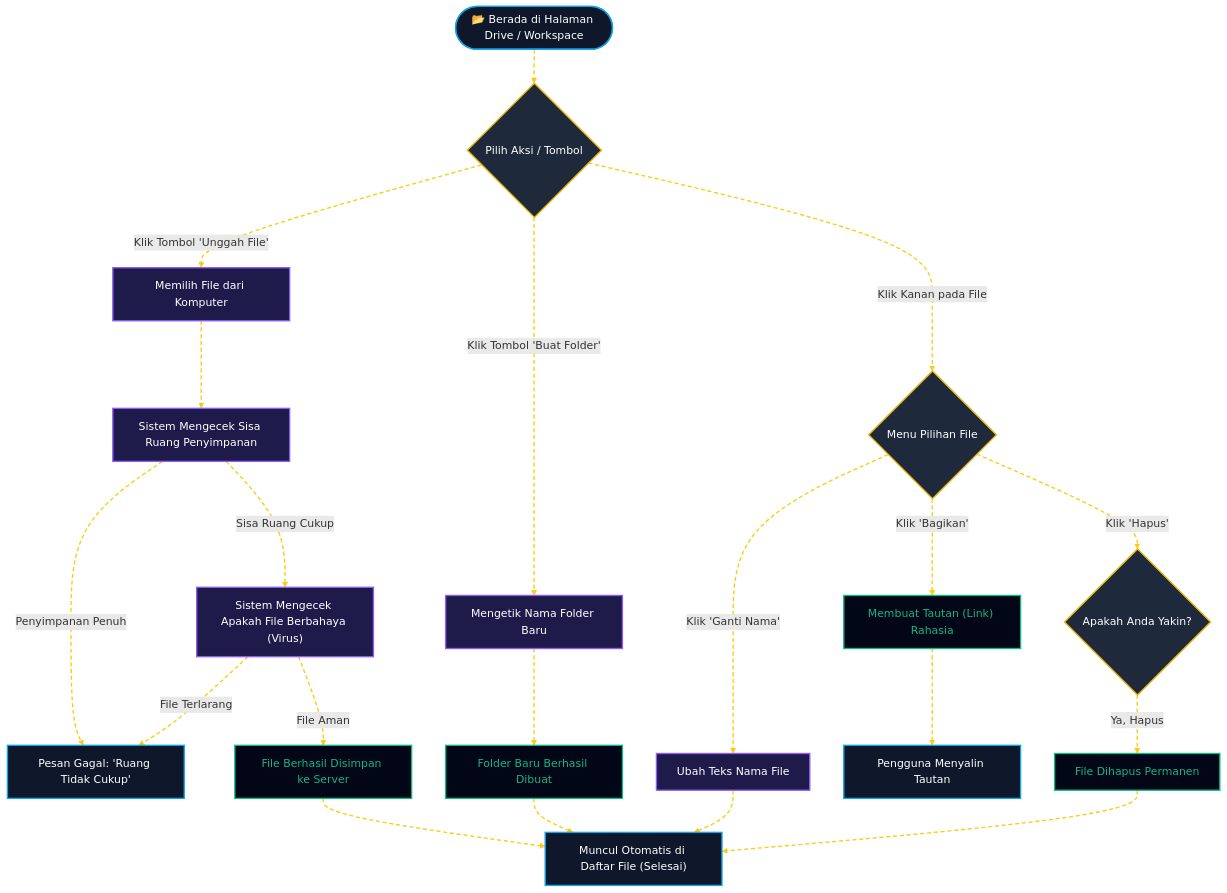
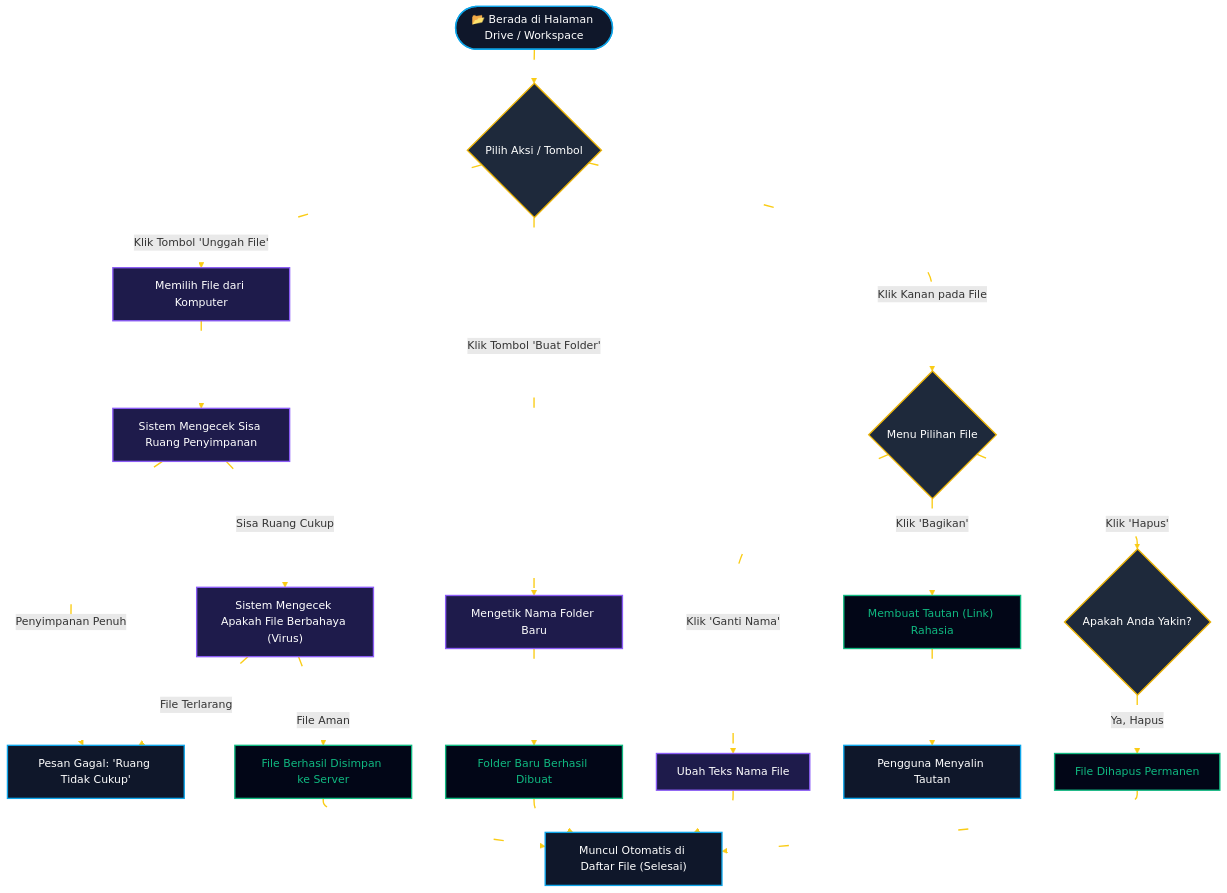
The second of 3 diagrams in README.md (alfaragatak87/alfatih-digital-workspace), drawn with Mermaid before and after one commit. The commit also changed other lines of this file, not shown here.

````diff
--- a/README.md
+++ b/README.md
@@ -103,34 +103,34 @@
 ```mermaid
 flowchart TD
     classDef page fill:#0f172a,stroke:#0ea5e9,stroke-width:2px,color:#fff;
     classDef btn fill:#1e293b,stroke:#eab308,stroke-width:2px,color:#fff,shape:diamond;
     classDef process fill:#1e1b4b,stroke:#8b5cf6,stroke-width:2px,color:#fff;
     classDef finish fill:#020617,stroke:#10b981,stroke-width:2px,color:#10b981;
 
     Drive(["📂 Berada di Halaman Drive / Workspace"]):::page --> TombolDrive{"Pilih Aksi / Tombol"}:::btn
     
     %% Alur Upload File
     TombolDrive -- "Klik Tombol 'Unggah File'" --> PilihFile["Memilih File dari Komputer"]:::process
     PilihFile --> CekPenyimpanan["Sistem Mengecek Sisa Ruang Penyimpanan"]:::process
     
     CekPenyimpanan -- "Penyimpanan Penuh" --> GagalUpload["Pesan Gagal: 'Ruang Tidak Cukup'"]:::page
     CekPenyimpanan -- "Sisa Ruang Cukup" --> CekBahaya["Sistem Mengecek Apakah File Berbahaya (Virus)"]:::process
     
     CekBahaya -- "File Terlarang" --> GagalUpload
     CekBahaya -- "File Aman" --> SimpanFile["File Berhasil Disimpan ke Server"]:::finish
     SimpanFile --> TampilBaru["Muncul Otomatis di Daftar File (Selesai)"]:::page
     
     %% Alur Buat Folder
     TombolDrive -- "Klik Tombol 'Buat Folder'" --> KetikFolder["Mengetik Nama Folder Baru"]:::process
     KetikFolder --> BuatFolder["Folder Baru Berhasil Dibuat"]:::finish
     BuatFolder --> TampilBaru
     
     %% Alur Klik Kanan
     TombolDrive -- "Klik Kanan pada File" --> MenuKonteks{"Menu Pilihan File"}:::btn
     MenuKonteks -- "Klik 'Ganti Nama'" --> Rename["Ubah Teks Nama File"]:::process --> TampilBaru
     MenuKonteks -- "Klik 'Bagikan'" --> Share["Membuat Tautan (Link) Rahasia"]:::finish --> Salin["Pengguna Menyalin Tautan"]:::page
     MenuKonteks -- "Klik 'Hapus'" --> KonfirmasiHapus{"Apakah Anda Yakin?"}:::btn
     KonfirmasiHapus -- "Ya, Hapus" --> Terhapus["File Dihapus Permanen"]:::finish --> TampilBaru
 
-    linkStyle default stroke:#facc15,stroke-width:2px,stroke-dasharray: 6 4,animation: dash 0.8s linear infinite;
+    linkStyle default stroke:#facc15,stroke-width:2px,stroke-dasharray: 15 250,animation: dash 2s linear infinite;
 ```
````
